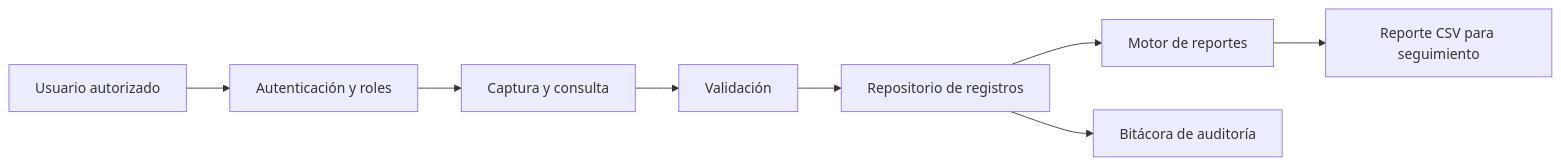
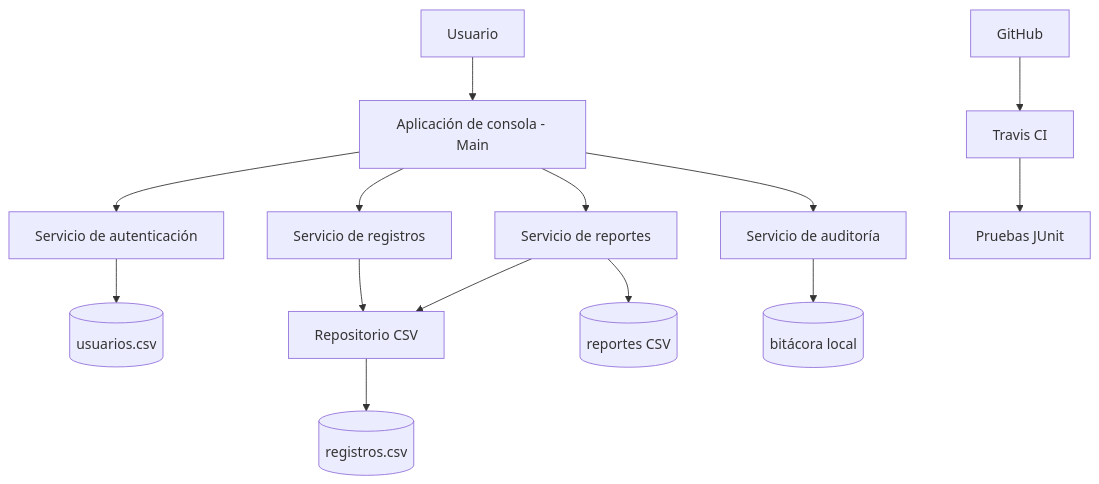
The diagram in README.md (marianabernalv369/sicoro-proyecto-integrador), drawn with Mermaid before and after one commit. The commit also changed other lines of this file and 5 other files, not shown here.

````diff
--- a/README.md
+++ b/README.md
@@ -55,10 +57,16 @@
 ```mermaid
-flowchart LR
-    U[Usuario autorizado] --> A[Autenticación y roles]
-    A --> C[Captura y consulta]
-    C --> V[Validación]
-    V --> D[Repositorio de registros]
-    D --> R[Motor de reportes]
-    R --> S[Reporte CSV para seguimiento]
-    D --> B[Bitácora de auditoría]
+flowchart TB
+    U[Usuario] --> UI[Aplicación de consola - Main]
+    UI --> AUTH[Servicio de autenticación]
+    UI --> REG[Servicio de registros]
+    UI --> REP[Servicio de reportes]
+    UI --> AUD[Servicio de auditoría]
+    REG --> REPO[Repositorio CSV]
+    REP --> REPO
+    AUTH --> USERS[(usuarios.csv)]
+    REPO --> DATA[(registros.csv)]
+    REP --> OUT[(reportes CSV)]
+    AUD --> LOG[(bitácora local)]
+    GH[GitHub] --> CI[Travis CI]
+    CI --> TEST[Pruebas JUnit]
 ```
````
